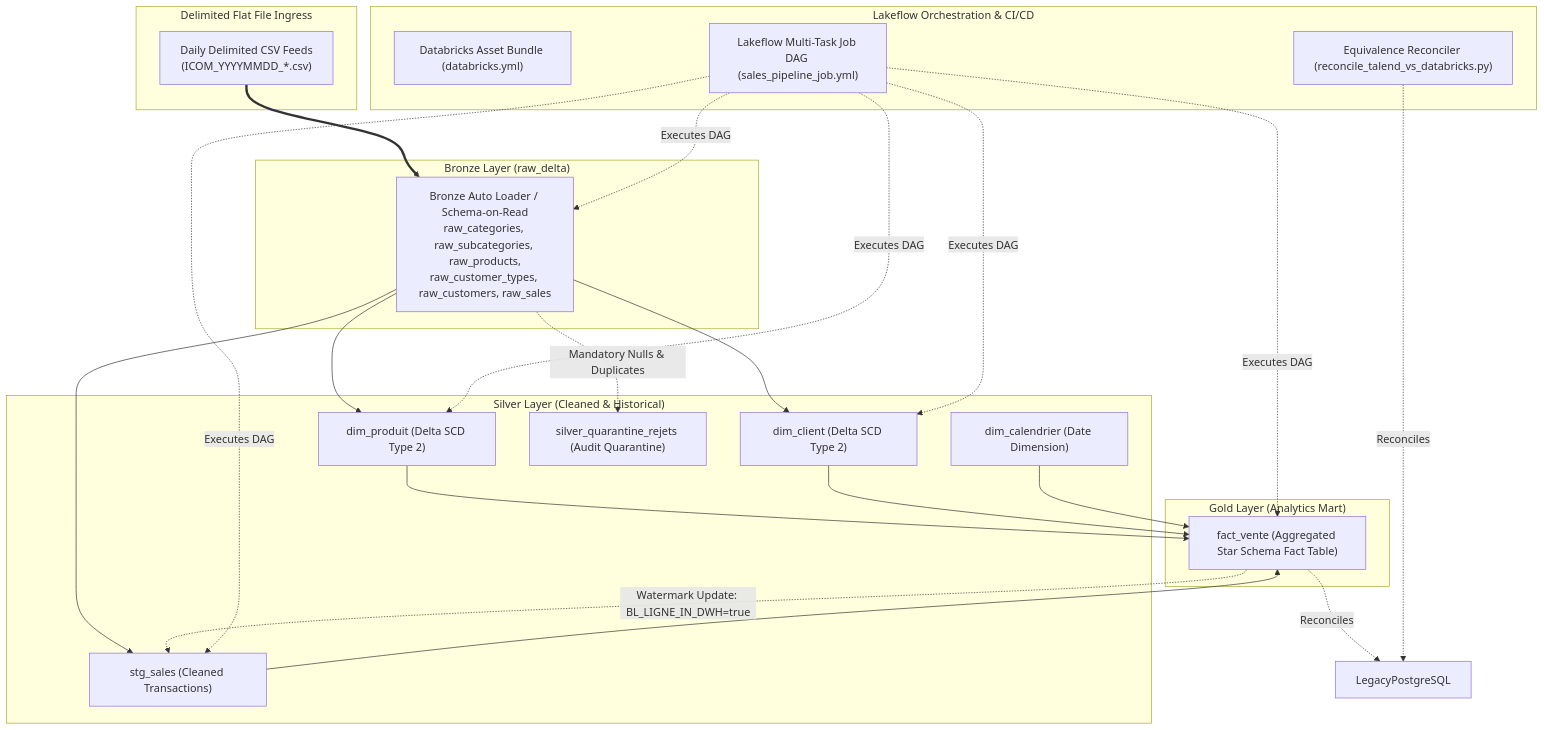
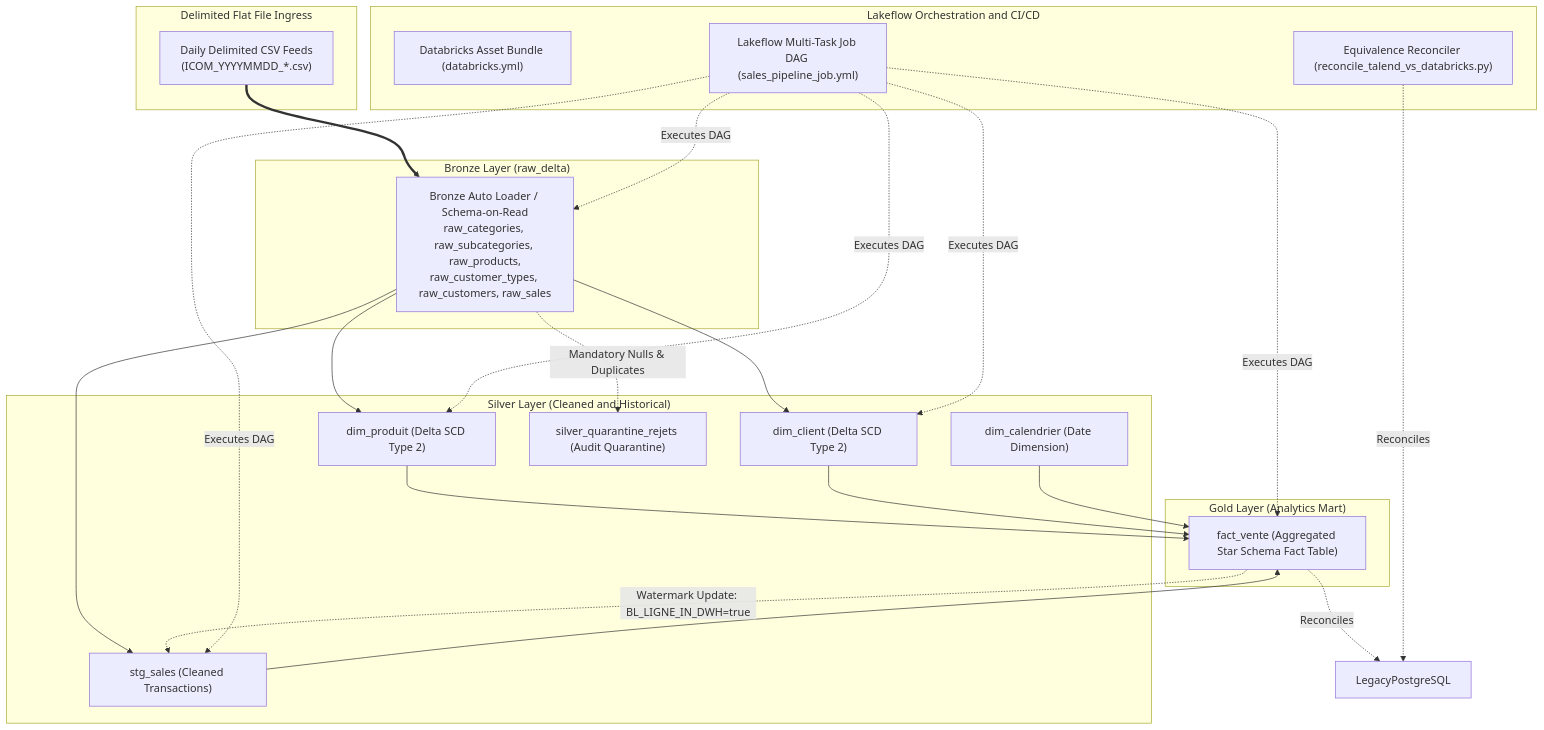
The diagram in databricks/README.md (eym3n/talend-project-big-data-master), drawn with Mermaid before and after one commit. The commit also changed other lines of this file, not shown here.

Commit message:
Fix Mermaid diagram syntax for GitHub rich display rendering

````diff
--- a/databricks/README.md
+++ b/databricks/README.md
@@ -9,36 +9,40 @@
 ```mermaid
 flowchart TD
     subgraph Ingress["Delimited Flat File Ingress"]
         CSV["Daily Delimited CSV Feeds<br/>(ICOM_YYYYMMDD_*.csv)"]
     end
 
     subgraph Bronze["Bronze Layer (raw_delta)"]
         B_RAW["Bronze Auto Loader / Schema-on-Read<br/>raw_categories, raw_subcategories, raw_products,<br/>raw_customer_types, raw_customers, raw_sales"]
     end
 
-    subgraph Silver["Silver Layer (Cleaned & Historical)"]
+    subgraph Silver["Silver Layer (Cleaned and Historical)"]
         S_DIM_P["dim_produit (Delta SCD Type 2)"]
         S_DIM_C["dim_client (Delta SCD Type 2)"]
         S_DIM_D["dim_calendrier (Date Dimension)"]
         S_SALES["stg_sales (Cleaned Transactions)"]
         S_QUARANTINE["silver_quarantine_rejets (Audit Quarantine)"]
     end
 
     subgraph Gold["Gold Layer (Analytics Mart)"]
         G_FACT["fact_vente (Aggregated Star Schema Fact Table)"]
     end
 
-    subgraph Orchestration["Lakeflow Orchestration & CI/CD"]
+    subgraph Orchestration["Lakeflow Orchestration and CI/CD"]
         DAB["Databricks Asset Bundle (databricks.yml)"]
         JOB["Lakeflow Multi-Task Job DAG (sales_pipeline_job.yml)"]
         AUDIT["Equivalence Reconciler (reconcile_talend_vs_databricks.py)"]
     end
 
     CSV ==> B_RAW
     B_RAW --> S_DIM_P & S_DIM_C & S_SALES
     B_RAW -.Mandatory Nulls & Duplicates.-> S_QUARANTINE
     S_DIM_P & S_DIM_C & S_DIM_D & S_SALES --> G_FACT
     G_FACT -.Watermark Update: BL_LIGNE_IN_DWH=true.-> S_SALES
-    JOB -.Executes DAG.-> B_RAW & S_DIM_P & S_DIM_C & S_SALES & G_FACT
+    JOB -.Executes DAG.-> B_RAW
+    JOB -.Executes DAG.-> S_DIM_P
+    JOB -.Executes DAG.-> S_DIM_C
+    JOB -.Executes DAG.-> S_SALES
+    JOB -.Executes DAG.-> G_FACT
     G_FACT & AUDIT -.Reconciles.-> LegacyPostgreSQL
 ```
````
